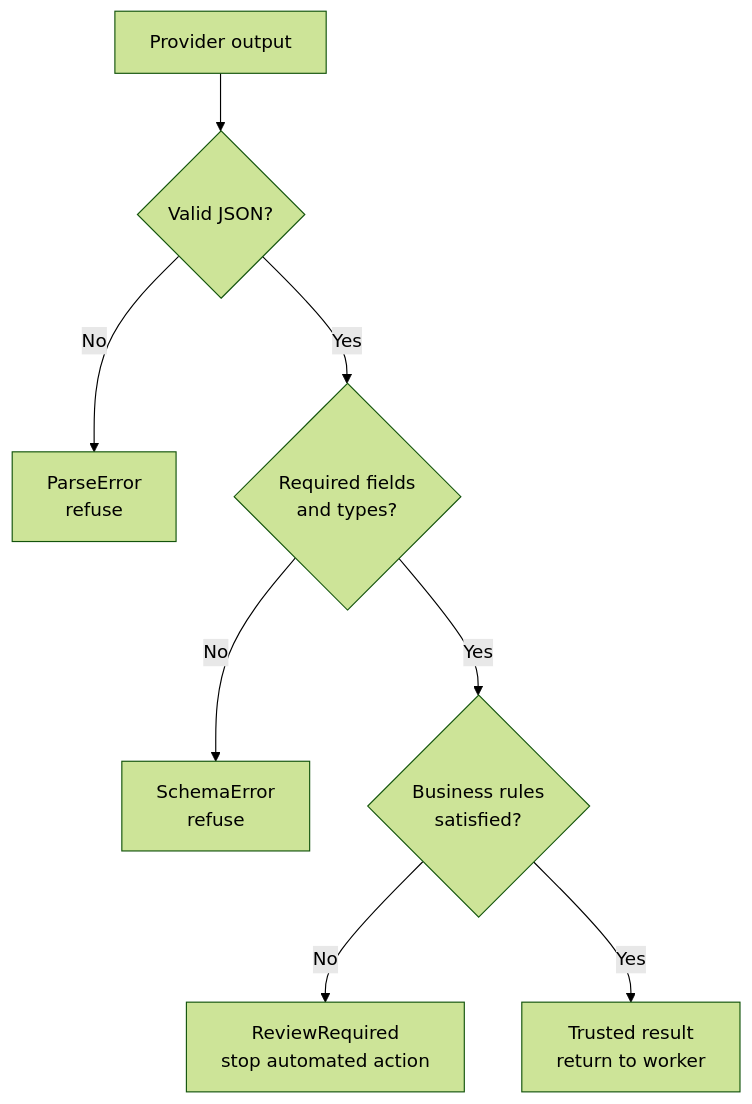
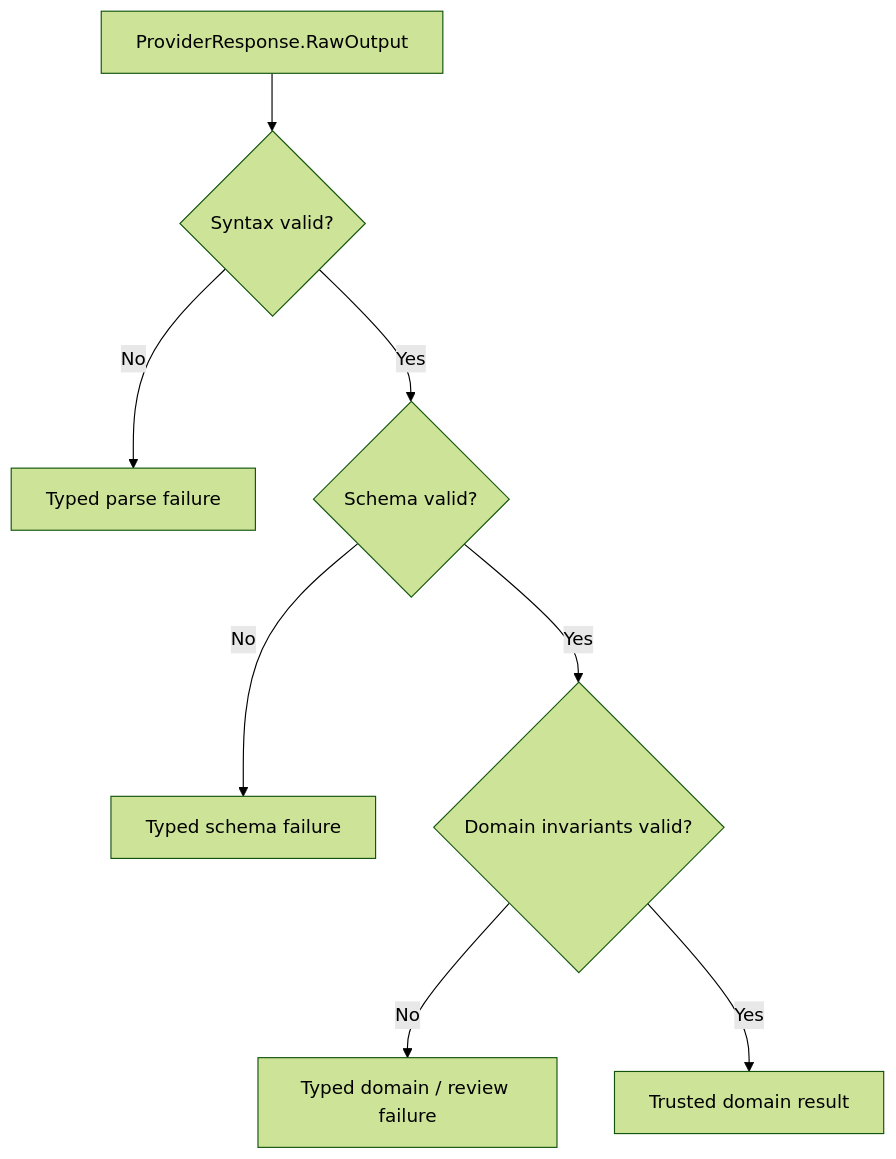
The sixth of 9 diagrams in README.md (Tanmoy095/Logiflow-platform), drawn with Mermaid (forest theme) before and after one commit. The commit also changed other lines of this file and 3 other files, not shown here.

First line of the commit message:
docs(llm-gateway): consolidate and update architecture documentation

````diff
--- a/README.md
+++ b/README.md
@@ -144,10 +452,11 @@
 ```mermaid
 flowchart TD
-	raw[Provider output] --> parse{Valid JSON?}
-	parse -->|No| parseError[ParseError\nrefuse]
-	parse -->|Yes| shape{Required fields\nand types?}
-	shape -->|No| schemaError[SchemaError\nrefuse]
-	shape -->|Yes| rules{Business rules\nsatisfied?}
-	rules -->|No| review[ReviewRequired\nstop automated action]
-	rules -->|Yes| result[Trusted result\nreturn to worker]
+    raw[ProviderResponse.RawOutput]
+      --> syntax{Syntax valid?}
+    syntax -->|No| syntaxFail[Typed parse failure]
+    syntax -->|Yes| schema{Schema valid?}
+    schema -->|No| schemaFail[Typed schema failure]
+    schema -->|Yes| domain{Domain invariants valid?}
+    domain -->|No| domainFail[Typed domain / review failure]
+    domain -->|Yes| trusted[Trusted domain result]
 ```
````
